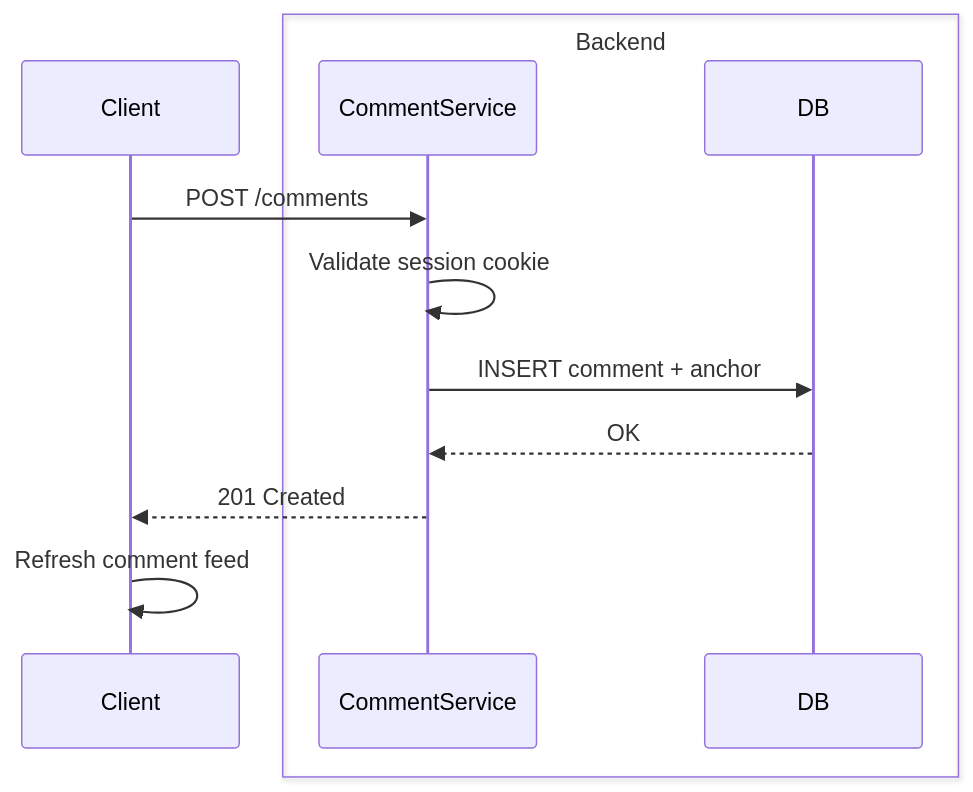
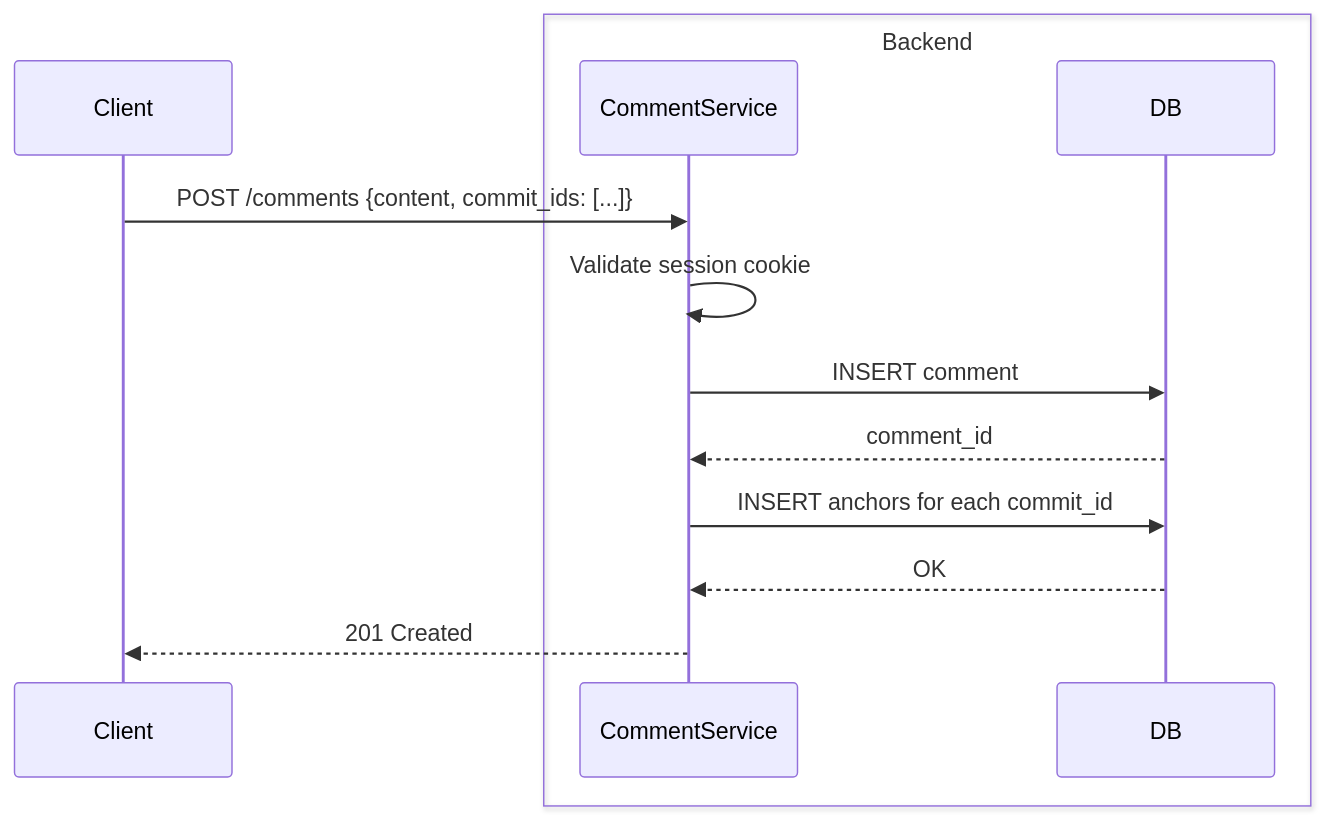
Before and after one commit to icedid/GitExplorerCommenter: the diagram in Docs/BackendSequenceDiagrams/PostComment.mmd, drawn with Mermaid. The commit also changed other lines of this file, not shown here.

Commit message:
docs: Updated post comment diagram

```diff
--- a/Docs/BackendSequenceDiagrams/PostComment.mmd
+++ b/Docs/BackendSequenceDiagrams/PostComment.mmd
@@ -1,14 +1,15 @@
 sequenceDiagram
     participant Client
 
     box Backend
         participant CommentService
         participant DB
     end
 
-    Client->>CommentService: POST /comments
+    Client->>CommentService: POST /comments {content, commit_ids: [...]}
     CommentService->>CommentService: Validate session cookie
-    CommentService->>DB: INSERT comment + anchor
+    CommentService->>DB: INSERT comment
+    DB-->>CommentService: comment_id
+    CommentService->>DB: INSERT anchors for each commit_id
     DB-->>CommentService: OK
     CommentService-->>Client: 201 Created
-    Client->>Client: Refresh comment feed
```
